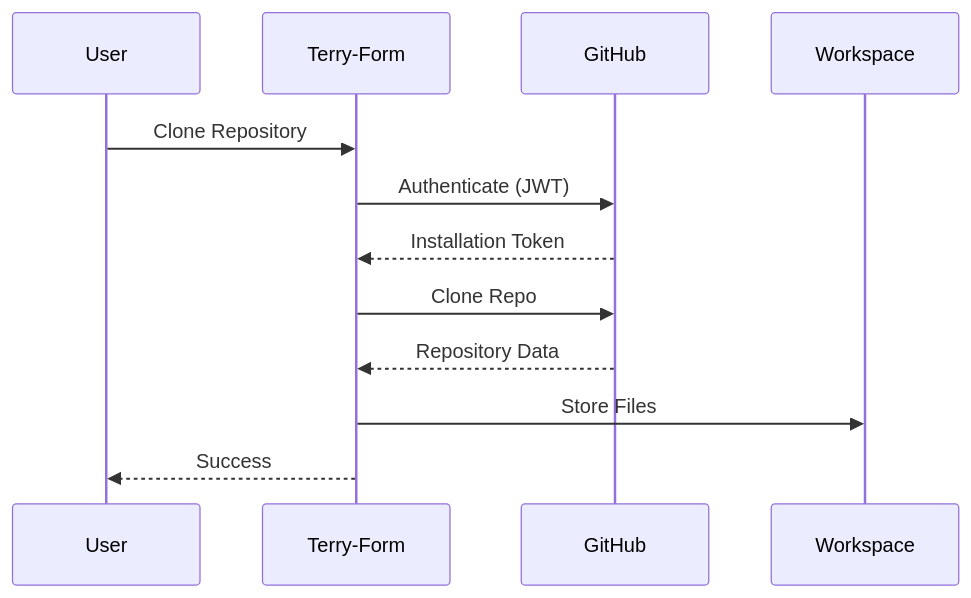
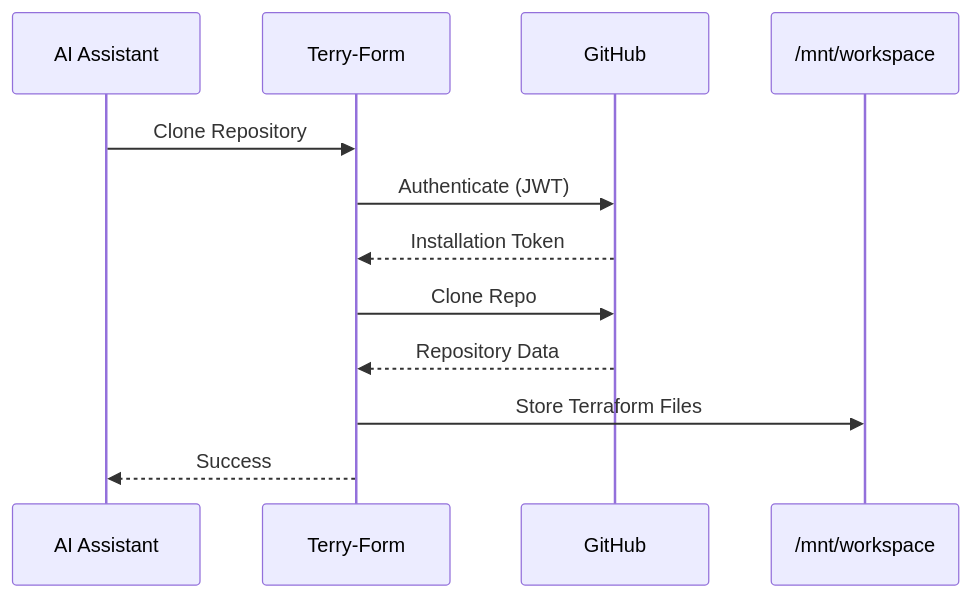
One commit to aj-geddes/terry-form-mcp changed the seventh of 7 diagrams in docs/_architecture/overview.md. Above: the diagram before and after it, drawn with Mermaid. The commit also changed other lines of this file and 80 other files, not shown here.

````diff
--- a/docs/_architecture/overview.md
+++ b/docs/_architecture/overview.md
@@ -254,15 +214,15 @@
 ```mermaid
 sequenceDiagram
-    participant User
+    participant User as AI Assistant
     participant TerryForm as Terry-Form
     participant GitHub
-    participant Workspace
-    
+    participant Workspace as /mnt/workspace
+
     User->>TerryForm: Clone Repository
     TerryForm->>GitHub: Authenticate (JWT)
     GitHub-->>TerryForm: Installation Token
     TerryForm->>GitHub: Clone Repo
     GitHub-->>TerryForm: Repository Data
-    TerryForm->>Workspace: Store Files
+    TerryForm->>Workspace: Store Terraform Files
     TerryForm-->>User: Success
 ```
````
